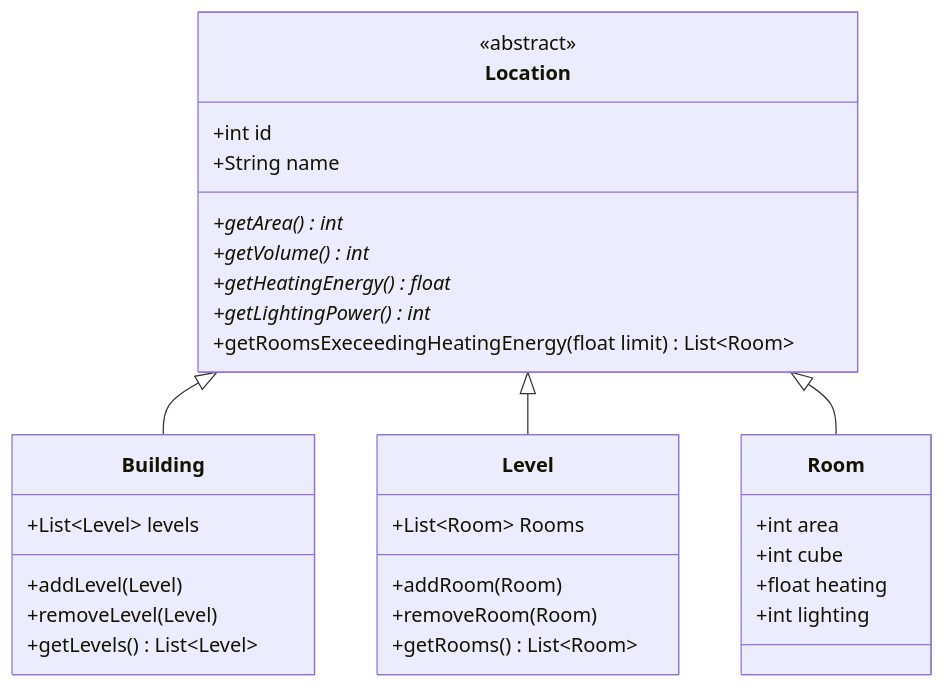
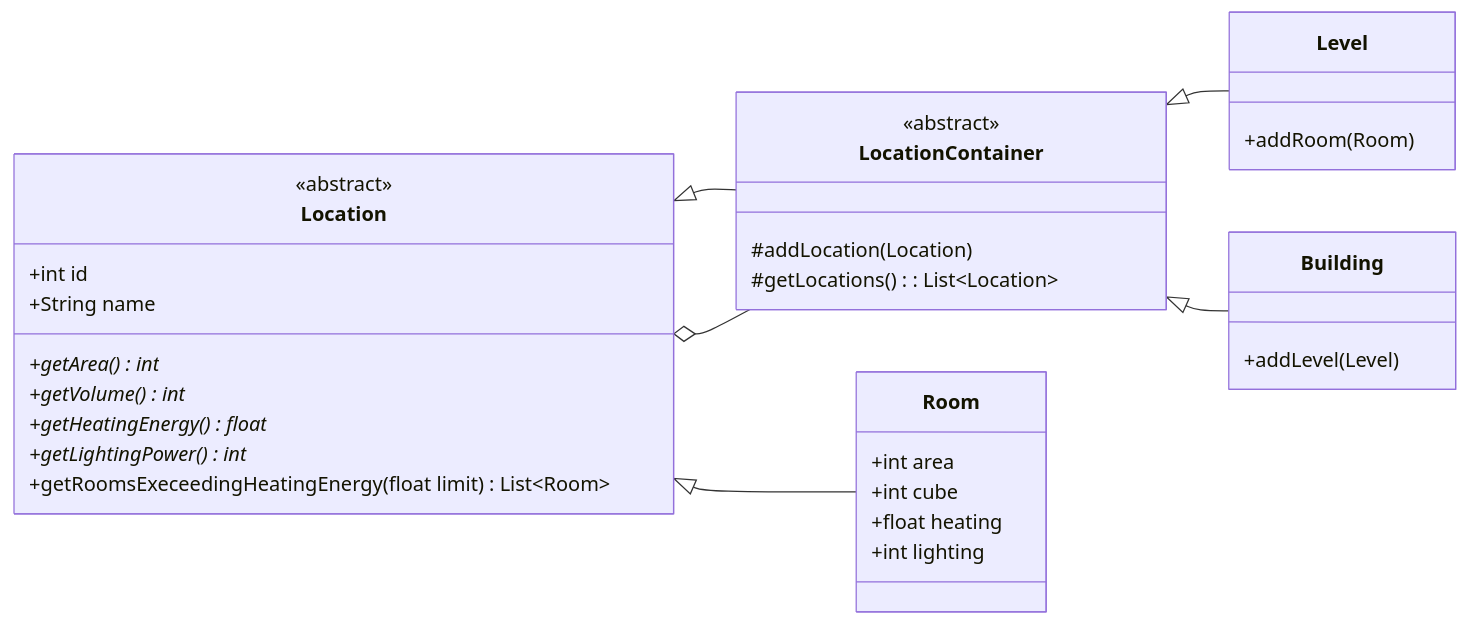
Before and after one commit to 2002jan/SE-2023-Sprint1: the diagram in README.md, drawn with Mermaid.

Commit message:
Redesigned composite pattern usage

````diff
--- a/README.md
+++ b/README.md
@@ -12,35 +12,36 @@
 ```mermaid
 classDiagram
-    direction TB
+    direction LR
     class Location{
         <<abstract>>
         +int id
         +String name
         +getArea()* int
         +getVolume()* int
         +getHeatingEnergy()* float
         +getLightingPower()* int
         +getRoomsExeceedingHeatingEnergy(float limit) List~Room~
     }
+    class LocationContainer {
+        <<abstract>>
+        #addLocation(Location)
+        #getLocations(): List~Location~
+    }
     class Building {
-        +List~Level~ levels
         +addLevel(Level)
-        +removeLevel(Level)
-        +getLevels() List~Level~
     }
     class Level {
-        +List~Room~ Rooms
         +addRoom(Room)
-        +removeRoom(Room)
-        +getRooms() List~Room~
     }
     class Room {
         +int area
         +int cube
         +float heating
         +int lighting
     }
-    Location <|-- Building
-    Location <|-- Level
     Location <|-- Room
+    LocationContainer <|-- Level
+    LocationContainer <|-- Building
+    Location <|-- LocationContainer
+    Location o-- LocationContainer
 ```
````
